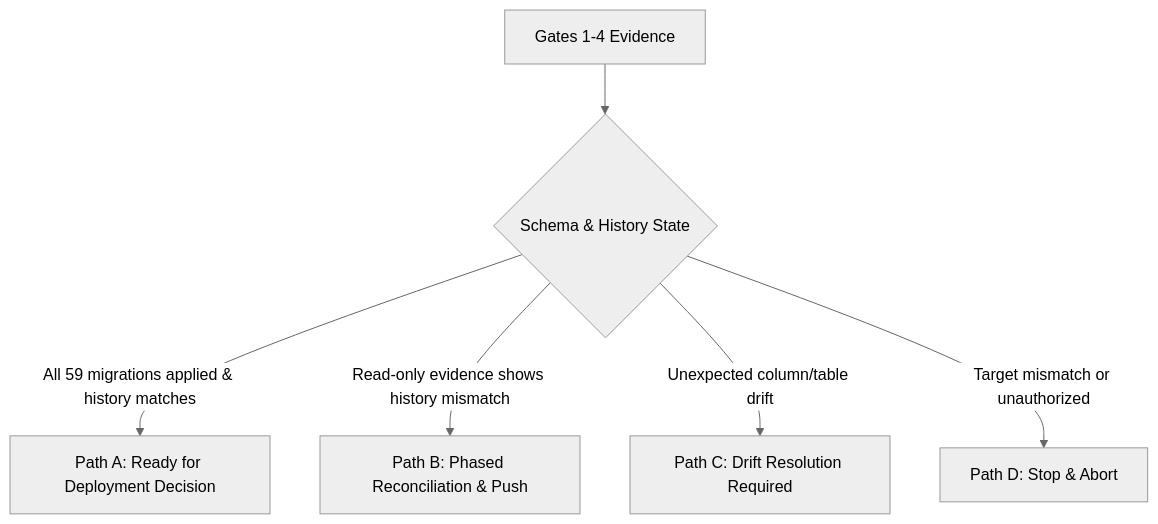
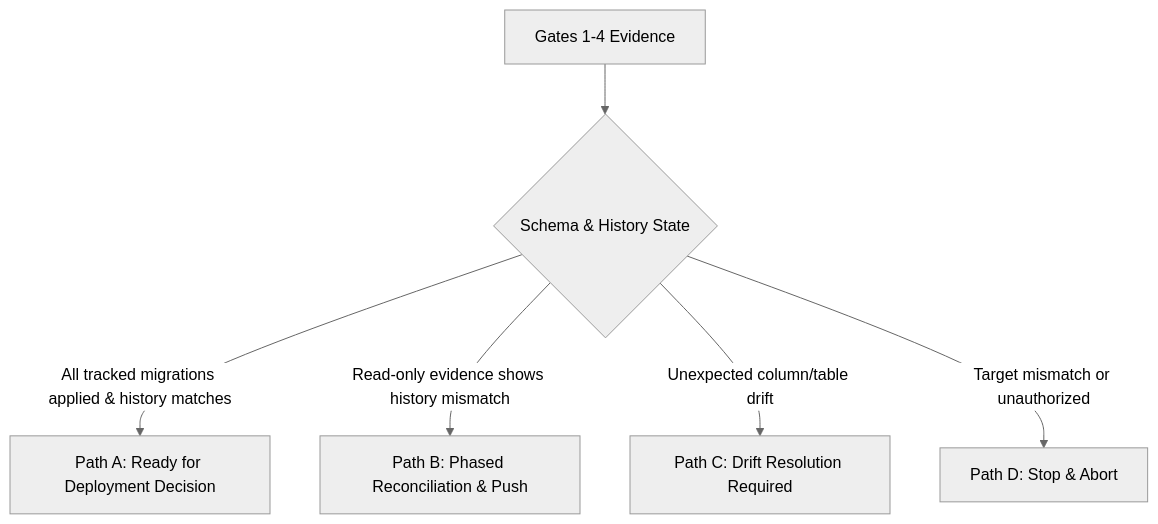
One commit to acmis1/capstone-impact-platform changed the diagram in infra/supabase/staging-reconciliation-runbook.md. Above: the diagram before and after it, drawn with Mermaid (neutral theme). The commit also changed other lines of this file and 67 other files, not shown here.

````diff
--- a/infra/supabase/staging-reconciliation-runbook.md
+++ b/infra/supabase/staging-reconciliation-runbook.md
@@ -255,8 +257,8 @@
 ```mermaid
 flowchart TD
     G[Gates 1-4 Evidence] --> C{Schema & History State}
-    C -->|All 59 migrations applied & history matches| PA[Path A: Ready for Deployment Decision]
+    C -->|All tracked migrations applied & history matches| PA[Path A: Ready for Deployment Decision]
     C -->|Read-only evidence shows history mismatch| PB[Path B: Phased Reconciliation & Push]
     C -->|Unexpected column/table drift| PC[Path C: Drift Resolution Required]
     C -->|Target mismatch or unauthorized| PD[Path D: Stop & Abort]
 ```
````
